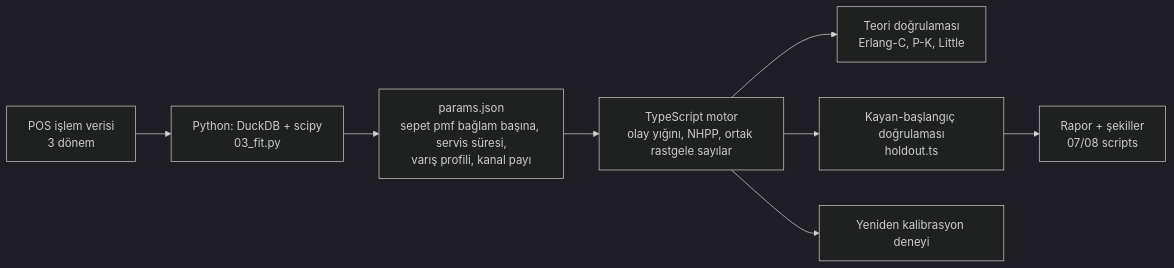
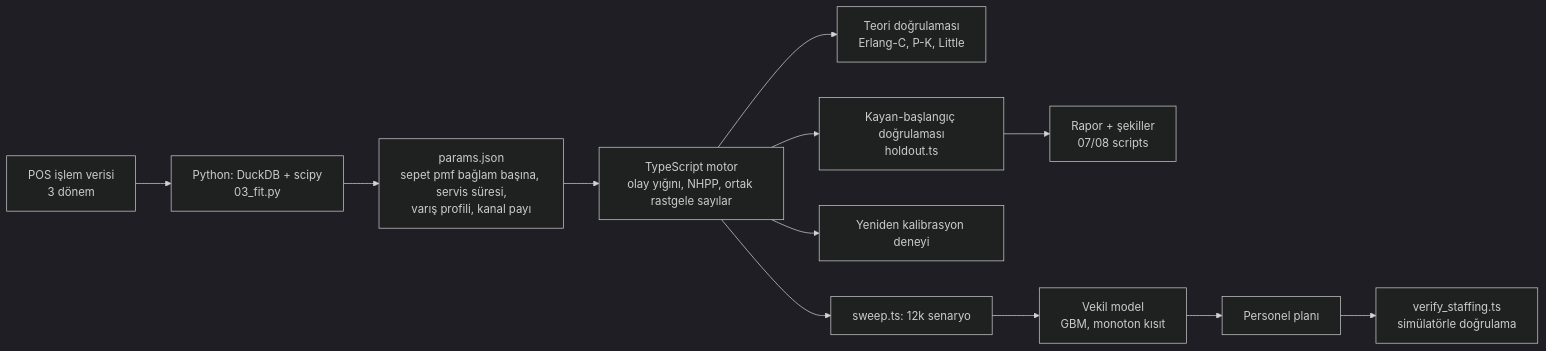
Before and after one commit to mertkkenarr-dev/market-queue-lab: the diagram in README.md, drawn with Mermaid (dark theme). The commit also changed other lines of this file and 15 other files, not shown here.

First line of the commit message:
Phase 4: surrogate model, staffing plan with simulator verification, arrival forecast comparison

````diff
--- a/README.md
+++ b/README.md
@@ -6,10 +6,14 @@
 ```mermaid
 flowchart LR
   A[POS işlem verisi<br/>3 dönem] --> B[Python: DuckDB + scipy<br/>03_fit.py]
   B --> C[params.json<br/>sepet pmf bağlam başına, servis süresi,<br/>varış profili, kanal payı]
   C --> D[TypeScript motor<br/>olay yığını, NHPP, ortak rastgele sayılar]
   D --> E[Teori doğrulaması<br/>Erlang-C, P-K, Little]
   D --> F[Kayan-başlangıç doğrulaması<br/>holdout.ts]
   F --> G[Rapor + şekiller<br/>07/08 scripts]
   D --> H[Yeniden kalibrasyon deneyi]
+  D --> I[sweep.ts: 12k senaryo]
+  I --> J[Vekil model<br/>GBM, monoton kısıt]
+  J --> K[Personel planı]
+  K --> L[verify_staffing.ts<br/>simülatörle doğrulama]
 ```
````
